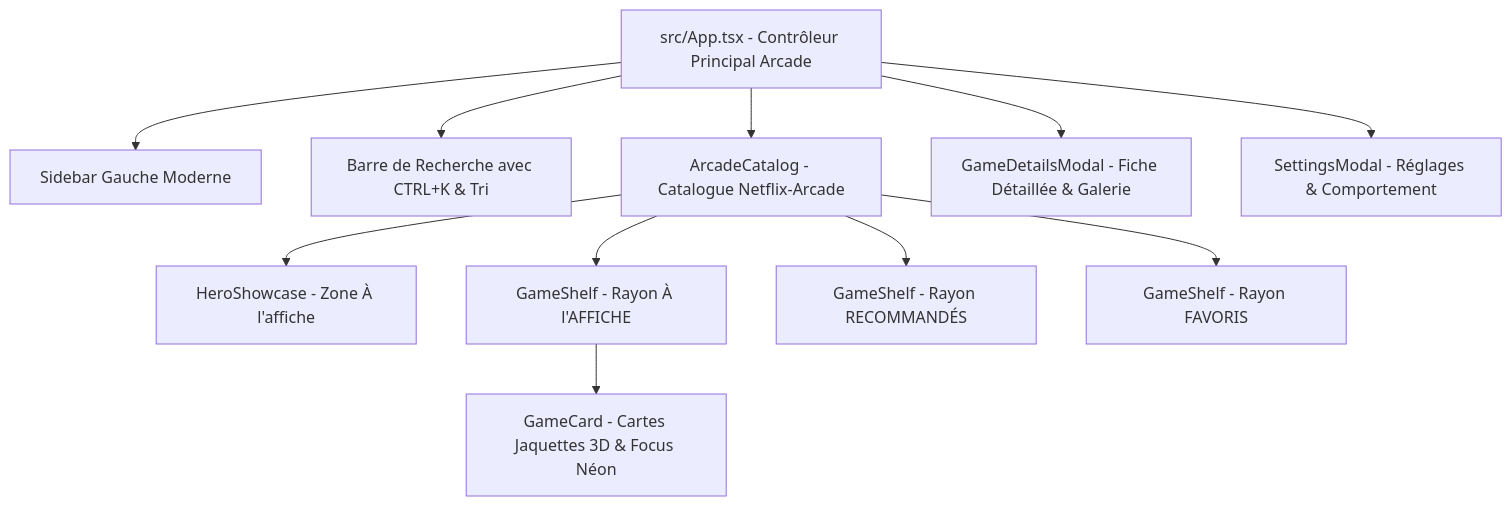
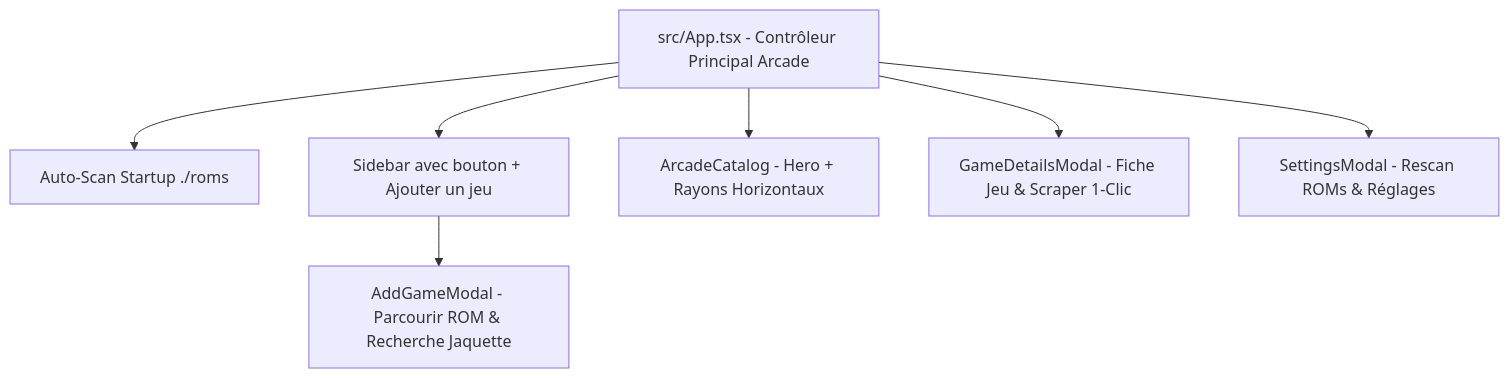
The diagram in KAIRO_SYSTEM_OVERVIEW.md (NayrolfRdgs/KairoOS), drawn with Mermaid before and after one commit. The commit also changed other lines of this file, not shown here.

Commit message:
docs: document portable auto-scan, manual add and scraping in overview

````diff
--- a/KAIRO_SYSTEM_OVERVIEW.md
+++ b/KAIRO_SYSTEM_OVERVIEW.md
@@ -26,16 +35,10 @@
 ```mermaid
 graph TD
-    App[src/App.tsx - Contrôleur Principal Arcade] --> Sidebar[Sidebar Gauche Moderne]
-    App --> FilterBar[Barre de Recherche avec CTRL+K & Tri]
-    App --> Catalog[ArcadeCatalog - Catalogue Netflix-Arcade]
+    App[src/App.tsx - Contrôleur Principal Arcade] --> AutoScan[Auto-Scan Startup ./roms]
+    App --> Sidebar[Sidebar avec bouton + Ajouter un jeu]
+    App --> Catalog[ArcadeCatalog - Hero + Rayons Horizontaux]
     
-    Catalog --> Hero[HeroShowcase - Zone À l'affiche]
-    Catalog --> Shelf1[GameShelf - Rayon À l'AFFICHE]
-    Catalog --> Shelf2[GameShelf - Rayon RECOMMANDÉS]
-    Catalog --> Shelf3[GameShelf - Rayon FAVORIS]
-    
-    Shelf1 --> Cards[GameCard - Cartes Jaquettes 3D & Focus Néon]
-    
-    App --> DetailsModal[GameDetailsModal - Fiche Détaillée & Galerie]
-    App --> SettingsModal[SettingsModal - Réglages & Comportement]
+    Sidebar --> AddModal[AddGameModal - Parcourir ROM & Recherche Jaquette]
+    App --> DetailsModal[GameDetailsModal - Fiche Jeu & Scraper 1-Clic]
+    App --> SettingsModal[SettingsModal - Rescan ROMs & Réglages]
 ```
````
